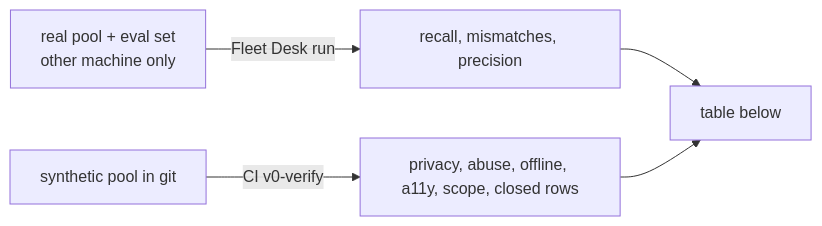
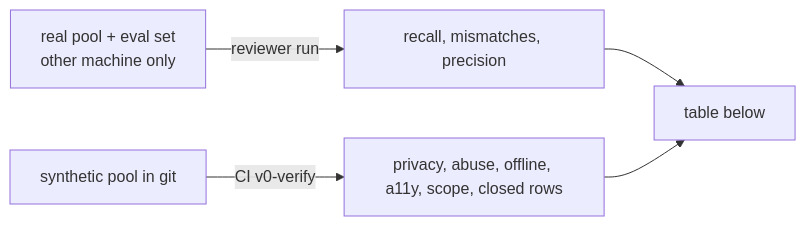
The first of 2 diagrams in docs/v0-eval-report.md (p10ns11y/collab-finder), drawn with Mermaid before and after one commit. The commit also changed other lines of this file and 6 other files, not shown here.

````diff
--- a/docs/v0-eval-report.md
+++ b/docs/v0-eval-report.md
@@ -3,7 +3,7 @@
 ```mermaid
 flowchart LR
-  R[real pool + eval set<br/>other machine only] -->|Fleet Desk run| N[recall, mismatches, precision]
+  R[real pool + eval set<br/>other machine only] -->|reviewer run| N[recall, mismatches, precision]
   S[synthetic pool in git] -->|CI v0-verify| C[privacy, abuse, offline, a11y, scope, closed rows]
   N --> T[table below]
   C --> T
 ```
````
